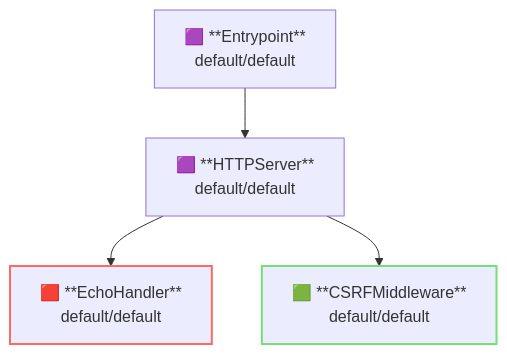
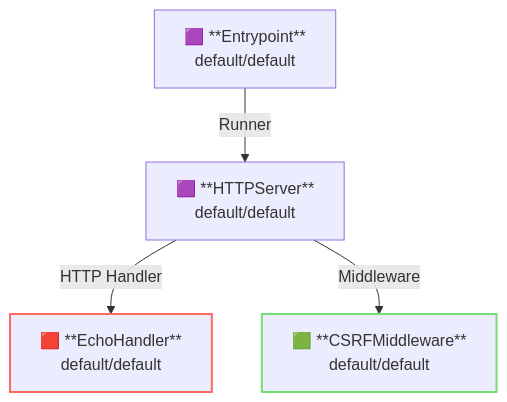
The second of 2 diagrams in examples/csrf/README.md (aileron-gateway/aileron-gateway), drawn with Mermaid before and after one commit. The commit also changed other lines of this file and 244 other files, not shown here.

````diff
--- a/examples/csrf/README.md
+++ b/examples/csrf/README.md
@@ -98,14 +66,14 @@
 ```mermaid
 graph TD
   Entrypoint["🟪 **Entrypoint**</br>default/default"]
   HTTPServer["🟪 **HTTPServer**</br>default/default"]
   EchoHandler["🟥 **EchoHandler**</br>default/default"]
   CSRFMiddleware["🟩 **CSRFMiddleware**</br>default/default"]
 
-Entrypoint --> HTTPServer
-HTTPServer --> EchoHandler
-HTTPServer --> CSRFMiddleware
+Entrypoint --"Runner"--> HTTPServer
+HTTPServer --"HTTP Handler"--> EchoHandler
+HTTPServer --"Middleware"--> CSRFMiddleware
 
 style EchoHandler stroke:#ff6961,stroke-width:2px
 style CSRFMiddleware stroke:#77dd77,stroke-width:2px
 ```
````
